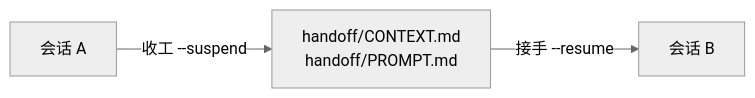
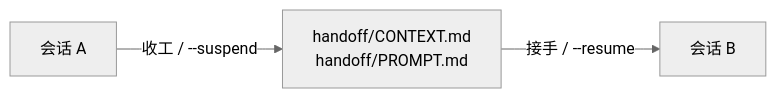
The diagram in handoff/README.md (Lizardon386/multi-agent-task-handoff), drawn with Mermaid (neutral theme) before and after one commit. The commit also changed other lines of this file and 4 other files, not shown here.

````diff
--- a/handoff/README.md
+++ b/handoff/README.md
@@ -37,5 +37,5 @@
 ```mermaid
 flowchart LR
-  A[会话 A] -->|收工 --suspend| F[handoff/CONTEXT.md<br/>handoff/PROMPT.md]
-  F -->|接手 --resume| B[会话 B]
+  A[会话 A] -->|收工 / --suspend| F[handoff/CONTEXT.md<br/>handoff/PROMPT.md]
+  F -->|接手 / --resume| B[会话 B]
 ```
````
